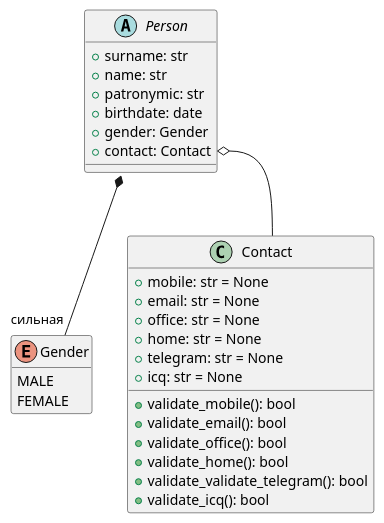
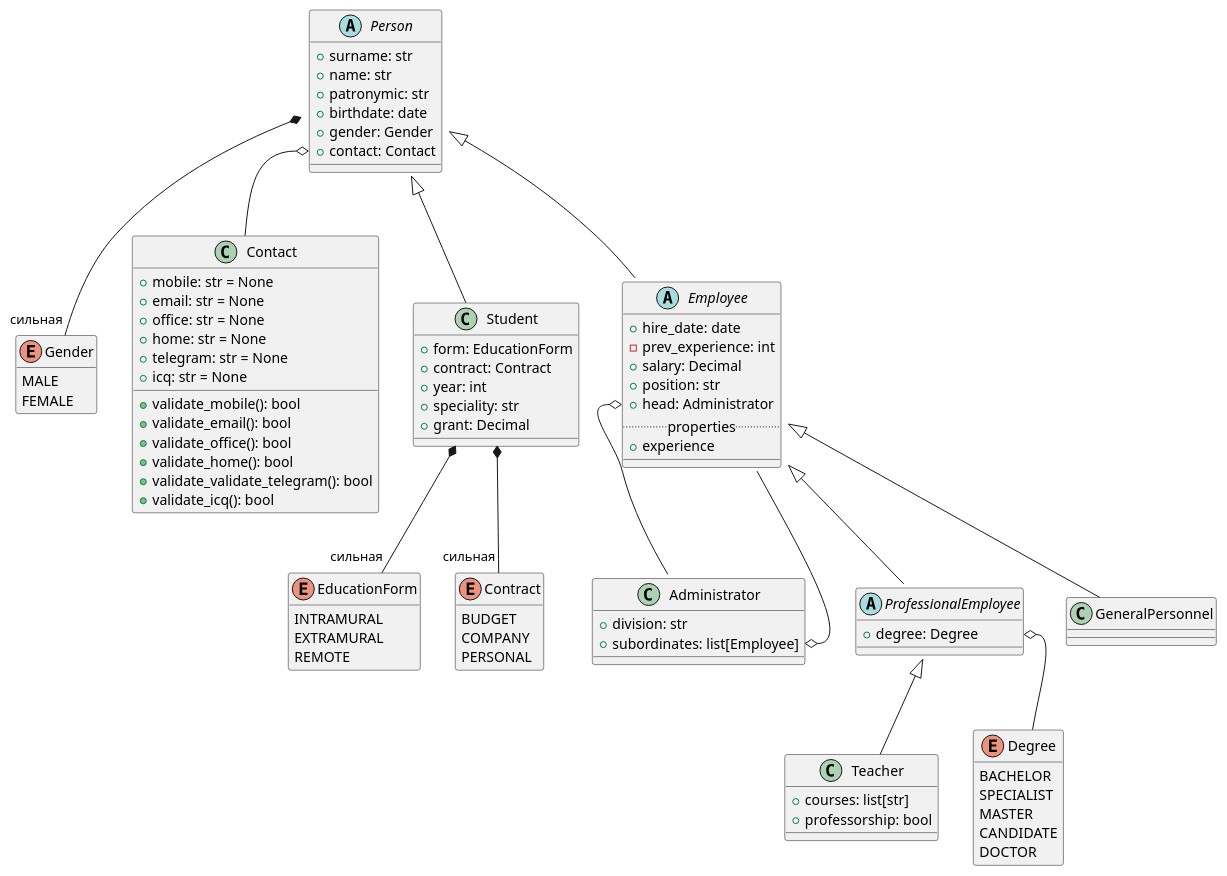
The diagram in oop/university.puml (TOP-Python224/_scripts), drawn with PlantUML before and after one commit.

Commit message:
university: цепочка наследования Person
классы: Person, Student, Employee, GeneralPersonnel, Administrator, ProfessionalEmployee, Teacher
вспомогательные классы: Contact
перечислители: Gender, EducationForm, Contract, Degree

```diff
--- a/oop/university.puml
+++ b/oop/university.puml
@@ -1,39 +1,107 @@
 @startuml
 
 hide enum empty members
 
 enum Gender {
     MALE
     FEMALE
+}
+enum EducationForm {
+    INTRAMURAL
+    EXTRAMURAL
+    REMOTE
+}
+enum Contract {
+    BUDGET
+    COMPANY
+    PERSONAL
+}
+enum Degree {
+    BACHELOR
+    SPECIALIST
+    MASTER
+    CANDIDATE
+    DOCTOR
 }
 
 
 class Contact {
     +mobile: str = None
     +email: str = None
     +office: str = None
     +home: str = None
     +telegram: str = None
     +icq: str = None
     +validate_mobile(): bool
     +validate_email(): bool
     +validate_office(): bool
     +validate_home(): bool
     +validate_validate_telegram(): bool
     +validate_icq(): bool
 }
 
 
+class Student {
+    +form: EducationForm
+    +contract: Contract
+    +year: int
+    +speciality: str
+    +grant: Decimal
+}
+Student *-- "сильная" EducationForm
+Student *-- "сильная" Contract
+
+
+class Teacher {
+    +courses: list[str]
+    +professorship: bool
+}
+
+
+abstract class ProfessionalEmployee {
+    +degree: Degree
+}
+ProfessionalEmployee <|-- Teacher
+ProfessionalEmployee::degree o-- Degree
+
+
+class Administrator {
+    +division: str
+    +subordinates: list[Employee]
+}
+Administrator::subordinates o-- Employee
+
+
+class GeneralPersonnel
+
+
+abstract class Employee {
+    +hire_date: date
+    -prev_experience: int
+    +salary: Decimal
+    +position: str
+    +head: Administrator
+    .. properties ..
+    +experience
+    __
+}
+Employee <|-- GeneralPersonnel
+Employee <|-- ProfessionalEmployee
+Employee::head o-- Administrator
+
+
 abstract class Person {
     +surname: str
     +name: str
     +patronymic: str
     +birthdate: date
     +gender: Gender
     +contact: Contact
 }
+Person <|-- Student
+Person <|-- Employee
 Person *-- "сильная" Gender
 Person::contact o-- Contact
 
 
 @enduml
```
